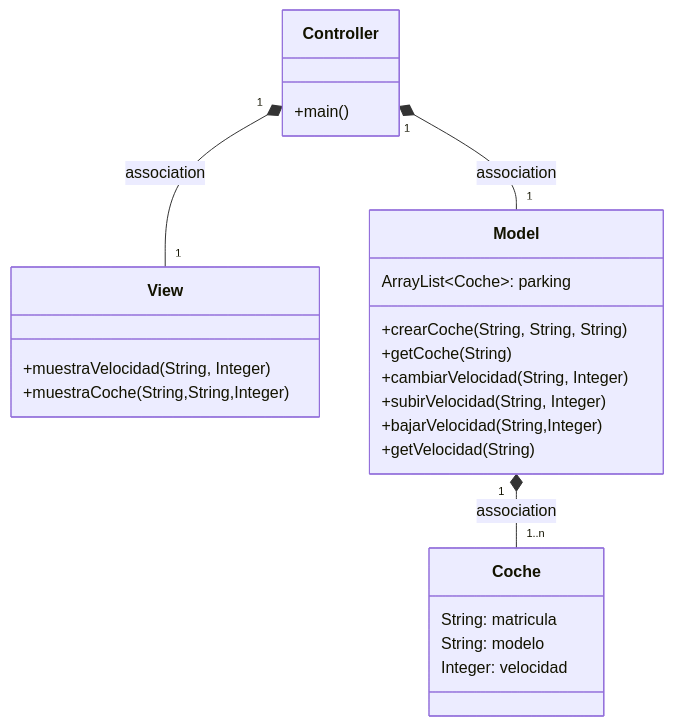
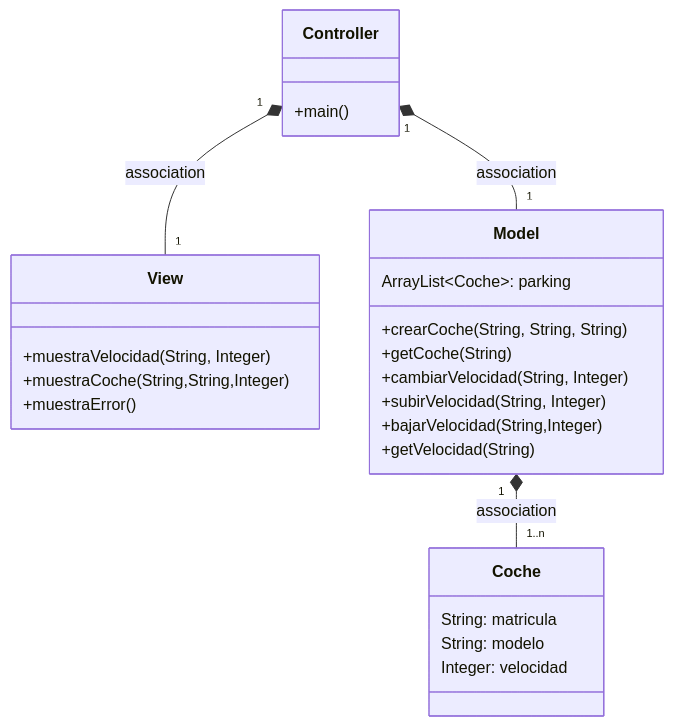
Before and after one commit to PPAGabriel/MVC_coches: the first of 3 diagrams in Readme.md, drawn with Mermaid. The commit also changed other lines of this file, not shown here.

````diff
--- a/Readme.md
+++ b/Readme.md
@@ -8,26 +8,27 @@
 ```mermaid
 classDiagram
     class Coche {
         String: matricula
         String: modelo
         Integer: velocidad
     }
       class Controller{
           +main()
       }
       class View {+muestraVelocidad(String, Integer)
-      +muestraCoche(String,String,Integer)}
+      +muestraCoche(String,String,Integer)
+      +muestraError()}
       class Model {
           ArrayList~Coche~: parking
           +crearCoche(String, String, String)
           +getCoche(String)
           +cambiarVelocidad(String, Integer)
           +subirVelocidad(String, Integer)
           +bajarVelocidad(String,Integer)
           +getVelocidad(String)
       }
     Controller "1" *-- "1" Model : association
     Controller "1" *-- "1" View : association
     Model "1" *-- "1..n" Coche : association
       
 ```
````
